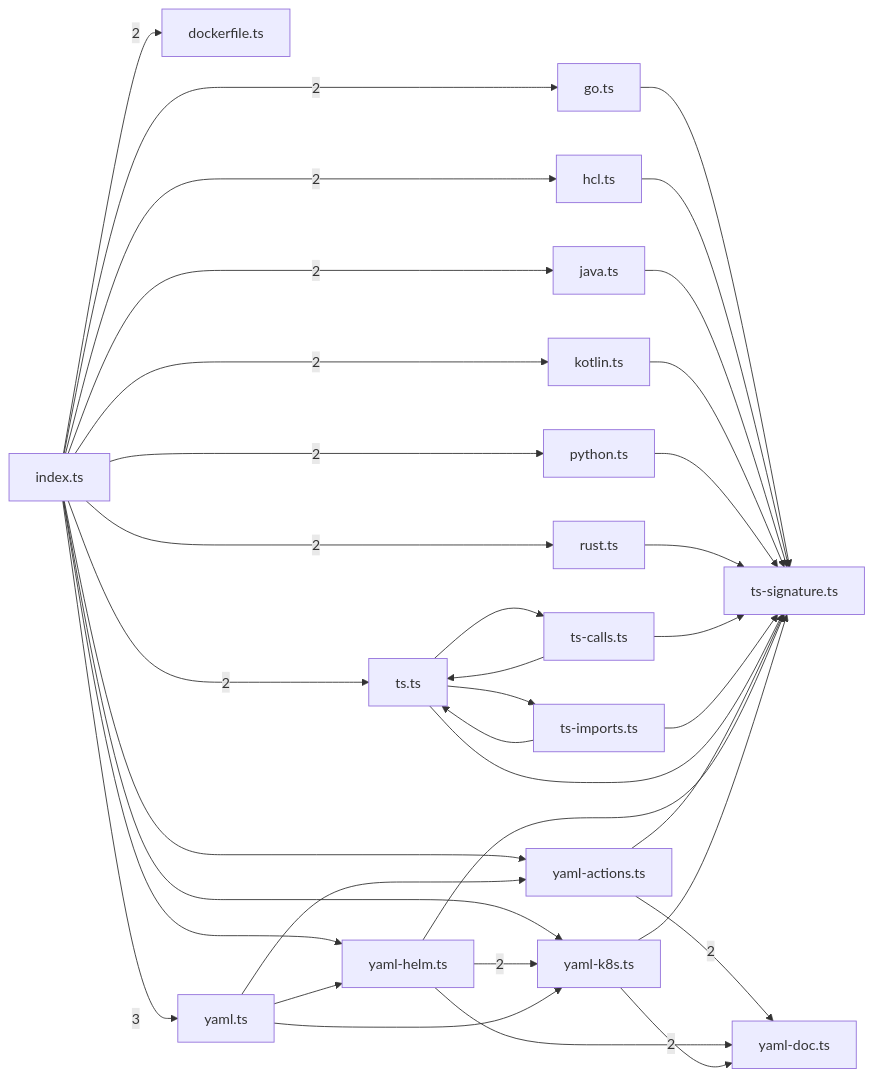
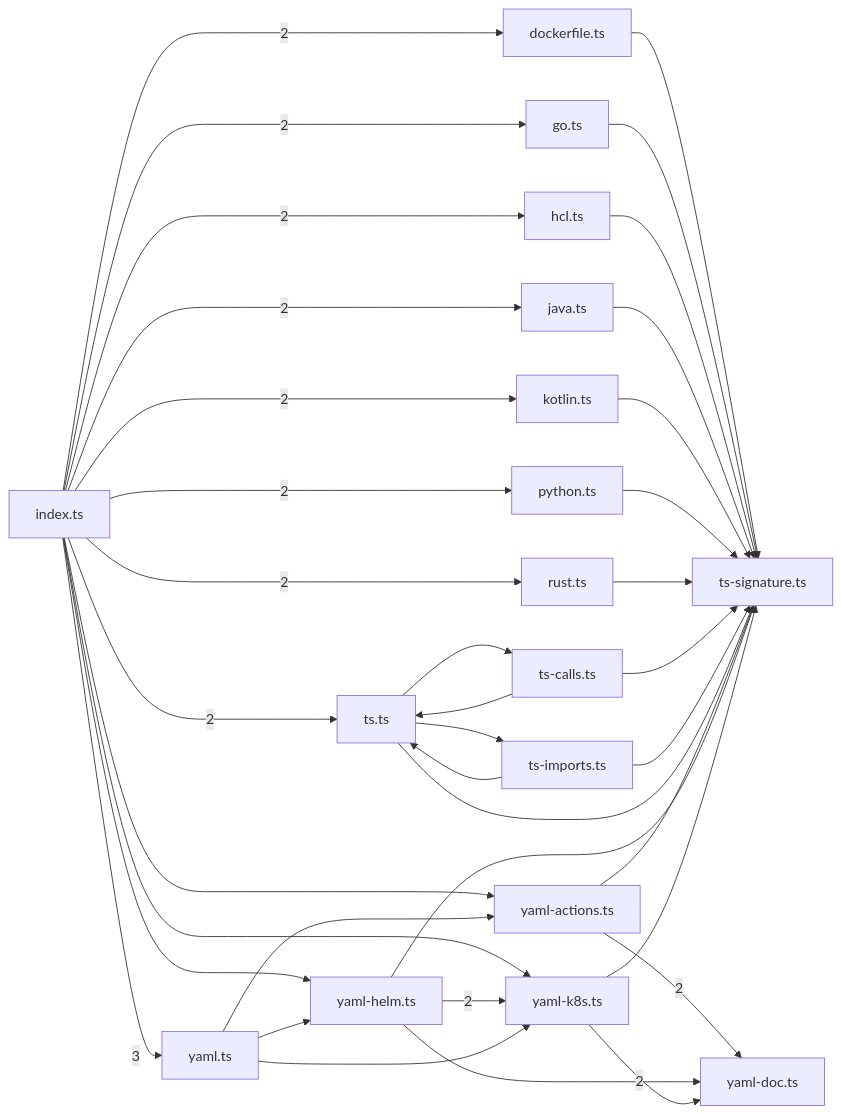
One commit to sns45/greplost changed the third of 8 diagrams in .greplost/packages/greplost__core/MAP.md. Above: the diagram before and after it, drawn with Mermaid. The commit also changed other lines of this file and 16 other files, not shown here.

````diff
--- a/.greplost/packages/greplost__core/MAP.md
+++ b/.greplost/packages/greplost__core/MAP.md
@@ -234,55 +234,56 @@
 ```mermaid
 graph LR
   packages_core_src_extract_dockerfile_ts["dockerfile.ts"]
   packages_core_src_extract_go_ts["go.ts"]
   packages_core_src_extract_hcl_ts["hcl.ts"]
   packages_core_src_extract_index_ts["index.ts"]
   packages_core_src_extract_java_ts["java.ts"]
   packages_core_src_extract_kotlin_ts["kotlin.ts"]
   packages_core_src_extract_python_ts["python.ts"]
   packages_core_src_extract_rust_ts["rust.ts"]
   packages_core_src_extract_ts_calls_ts["ts-calls.ts"]
   packages_core_src_extract_ts_imports_ts["ts-imports.ts"]
   packages_core_src_extract_ts_signature_ts["ts-signature.ts"]
   packages_core_src_extract_ts_ts["ts.ts"]
   packages_core_src_extract_yaml_actions_ts["yaml-actions.ts"]
   packages_core_src_extract_yaml_doc_ts["yaml-doc.ts"]
   packages_core_src_extract_yaml_helm_ts["yaml-helm.ts"]
   packages_core_src_extract_yaml_k8s_ts["yaml-k8s.ts"]
   packages_core_src_extract_yaml_ts["yaml.ts"]
+  packages_core_src_extract_dockerfile_ts --> packages_core_src_extract_ts_signature_ts
   packages_core_src_extract_go_ts --> packages_core_src_extract_ts_signature_ts
   packages_core_src_extract_hcl_ts --> packages_core_src_extract_ts_signature_ts
   packages_core_src_extract_index_ts -->|2| packages_core_src_extract_dockerfile_ts
   packages_core_src_extract_index_ts -->|2| packages_core_src_extract_go_ts
   packages_core_src_extract_index_ts -->|2| packages_core_src_extract_hcl_ts
   packages_core_src_extract_index_ts -->|2| packages_core_src_extract_java_ts
   packages_core_src_extract_index_ts -->|2| packages_core_src_extract_kotlin_ts
   packages_core_src_extract_index_ts -->|2| packages_core_src_extract_python_ts
   packages_core_src_extract_index_ts -->|2| packages_core_src_extract_rust_ts
   packages_core_src_extract_index_ts -->|2| packages_core_src_extract_ts_ts
   packages_core_src_extract_index_ts --> packages_core_src_extract_yaml_actions_ts
   packages_core_src_extract_index_ts --> packages_core_src_extract_yaml_helm_ts
   packages_core_src_extract_index_ts --> packages_core_src_extract_yaml_k8s_ts
   packages_core_src_extract_index_ts -->|3| packages_core_src_extract_yaml_ts
   packages_core_src_extract_java_ts --> packages_core_src_extract_ts_signature_ts
   packages_core_src_extract_kotlin_ts --> packages_core_src_extract_ts_signature_ts
   packages_core_src_extract_python_ts --> packages_core_src_extract_ts_signature_ts
   packages_core_src_extract_rust_ts --> packages_core_src_extract_ts_signature_ts
   packages_core_src_extract_ts_calls_ts --> packages_core_src_extract_ts_signature_ts
   packages_core_src_extract_ts_calls_ts --> packages_core_src_extract_ts_ts
   packages_core_src_extract_ts_imports_ts --> packages_core_src_extract_ts_signature_ts
   packages_core_src_extract_ts_imports_ts --> packages_core_src_extract_ts_ts
   packages_core_src_extract_ts_ts --> packages_core_src_extract_ts_calls_ts
   packages_core_src_extract_ts_ts --> packages_core_src_extract_ts_imports_ts
   packages_core_src_extract_ts_ts --> packages_core_src_extract_ts_signature_ts
   packages_core_src_extract_yaml_actions_ts --> packages_core_src_extract_ts_signature_ts
   packages_core_src_extract_yaml_actions_ts -->|2| packages_core_src_extract_yaml_doc_ts
   packages_core_src_extract_yaml_helm_ts --> packages_core_src_extract_ts_signature_ts
   packages_core_src_extract_yaml_helm_ts --> packages_core_src_extract_yaml_doc_ts
   packages_core_src_extract_yaml_helm_ts -->|2| packages_core_src_extract_yaml_k8s_ts
   packages_core_src_extract_yaml_k8s_ts --> packages_core_src_extract_ts_signature_ts
   packages_core_src_extract_yaml_k8s_ts -->|2| packages_core_src_extract_yaml_doc_ts
   packages_core_src_extract_yaml_ts --> packages_core_src_extract_yaml_actions_ts
   packages_core_src_extract_yaml_ts --> packages_core_src_extract_yaml_helm_ts
   packages_core_src_extract_yaml_ts --> packages_core_src_extract_yaml_k8s_ts
 ```
````
